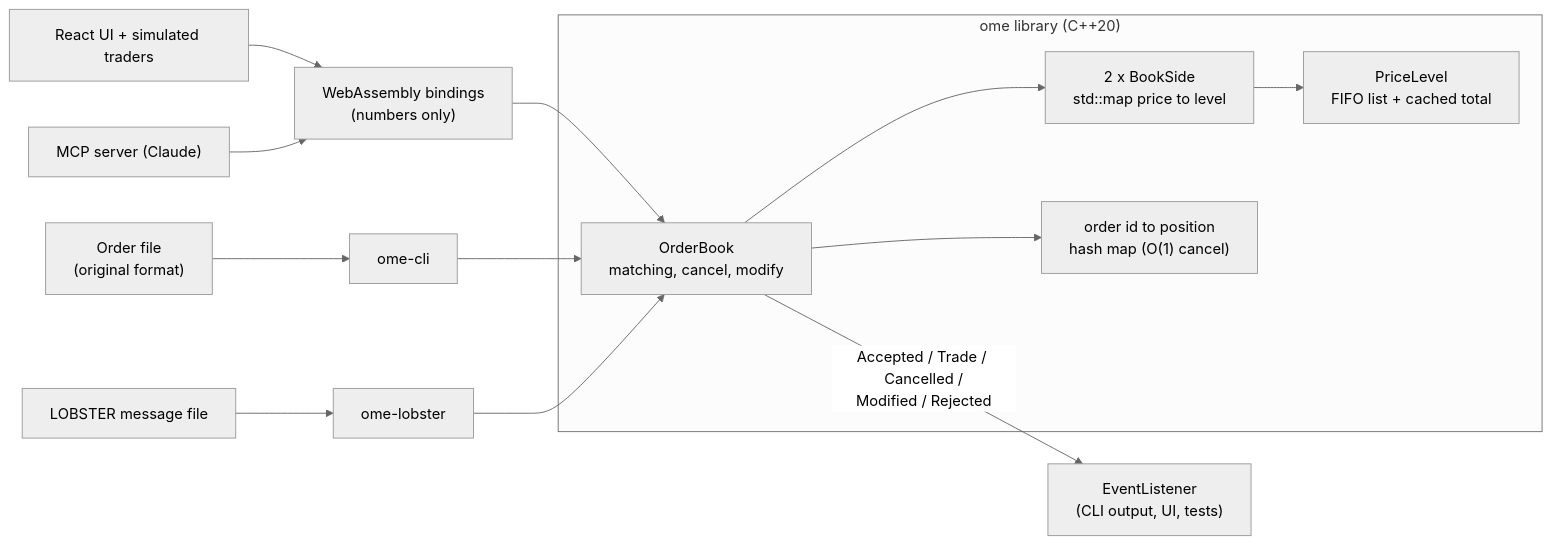
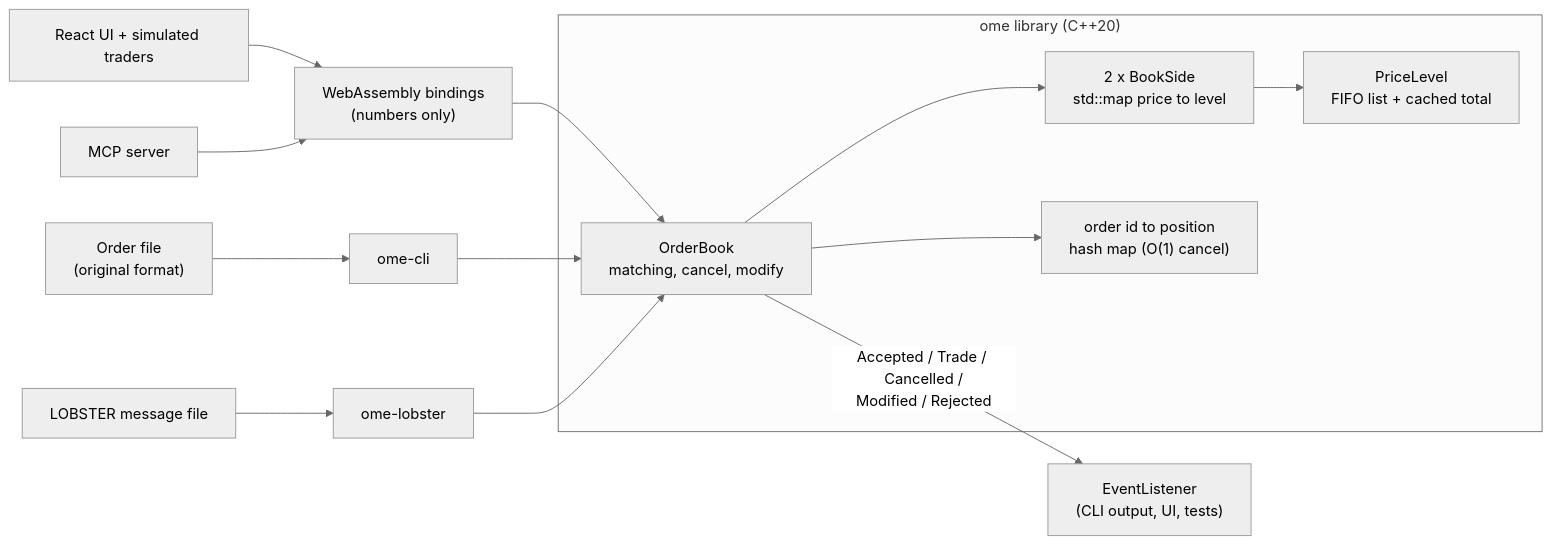
One commit to rnm35/stock-order-matching-engine changed the diagram in README.md. Above: the diagram before and after it, drawn with Mermaid (neutral theme). The commit also changed other lines of this file and 8 other files, not shown here.

````diff
--- a/README.md
+++ b/README.md
@@ -175,16 +175,16 @@
 ```mermaid
 flowchart LR
     file["Order file<br/>(original format)"] --> cli[ome-cli]
     lobster["LOBSTER message file"] --> lob[ome-lobster]
     ui["React UI + simulated traders"] --> wasm
-    mcp["MCP server (Claude)"] --> wasm
+    mcp["MCP server"] --> wasm
     wasm["WebAssembly bindings<br/>(numbers only)"] --> book
     cli --> book
     lob --> book
     subgraph lib["ome library (C++20)"]
         book["OrderBook<br/>matching, cancel, modify"] --> sides["2 x BookSide<br/>std::map price to level"]
         sides --> levels["PriceLevel<br/>FIFO list + cached total"]
         book --> index["order id to position<br/>hash map (O(1) cancel)"]
     end
     book -- "Accepted / Trade / Cancelled /<br/>Modified / Rejected" --> listener["EventListener<br/>(CLI output, UI, tests)"]
 ```
````
